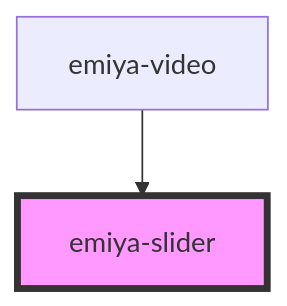
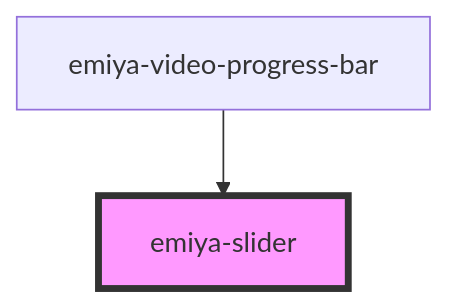
The diagram in src/components/emiya-slider/readme.md (emiyalee1005/emiya-video), drawn with Mermaid before and after one commit. The commit also changed other lines of this file and 8 other files, not shown here.

````diff
--- a/src/components/emiya-slider/readme.md
+++ b/src/components/emiya-slider/readme.md
@@ -28,5 +29,5 @@
 ```mermaid
 graph TD;
-  emiya-video --> emiya-slider
+  emiya-video-progress-bar --> emiya-slider
   style emiya-slider fill:#f9f,stroke:#333,stroke-width:4px
 ```
````
